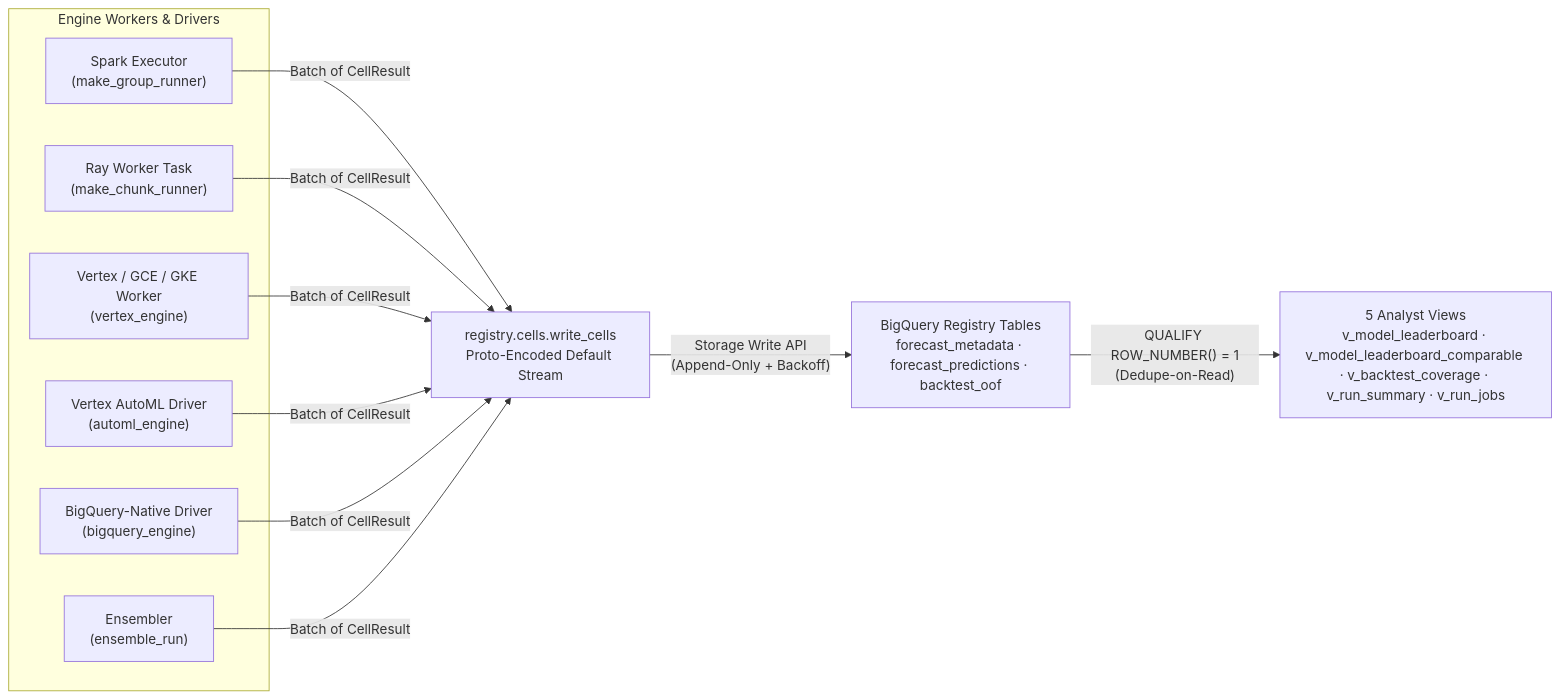
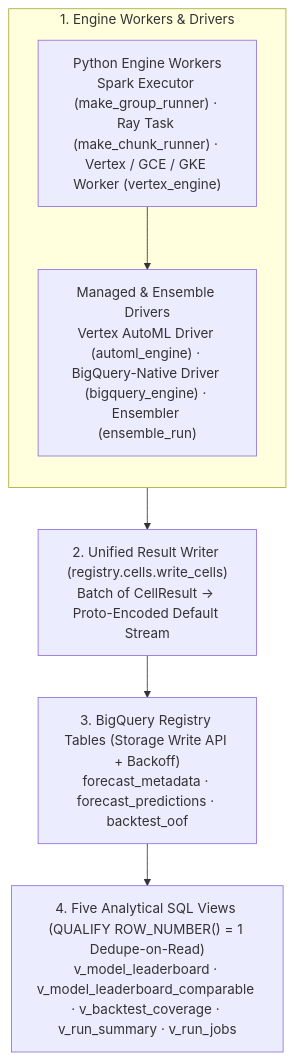
One commit to statmike/scale-forecasting changed the diagram in docs/writing_results.md. Above: the diagram before and after it, drawn with Mermaid. The commit also changed 17 other files, not shown here.

Commit message:
docs: fix GitHub MathJax text-mode underscores, convert wide Mermaid diagrams to vertical TD, and add tripwire

````diff
--- a/docs/writing_results.md
+++ b/docs/writing_results.md
@@ -10,14 +10,14 @@
 ```mermaid
-flowchart LR
-    subgraph Writers["Engine Workers & Drivers"]
-        W1["Spark Executor<br/>(make_group_runner)"]
-        W2["Ray Worker Task<br/>(make_chunk_runner)"]
-        W5["Vertex / GCE / GKE Worker<br/>(vertex_engine)"]
-        W6["Vertex AutoML Driver<br/>(automl_engine)"]
-        W3["BigQuery-Native Driver<br/>(bigquery_engine)"]
-        W4["Ensembler<br/>(ensemble_run)"]
+flowchart TD
+    subgraph Writers["1. Engine Workers & Drivers"]
+        direction TB
+        W_PY["Python Engine Workers<br/>Spark Executor (make_group_runner) · Ray Task (make_chunk_runner) · Vertex / GCE / GKE Worker (vertex_engine)"]
+        W_DRV["Managed & Ensemble Drivers<br/>Vertex AutoML Driver (automl_engine) · BigQuery-Native Driver (bigquery_engine) · Ensembler (ensemble_run)"]
+        W_PY --> W_DRV
     end
-    W1 & W2 & W5 & W6 & W3 & W4 -->|"Batch of CellResult"| Cells["registry.cells.write_cells<br/>Proto-Encoded Default Stream"]
-    Cells -->|"Storage Write API<br/>(Append-Only + Backoff)"| Tables["BigQuery Registry Tables<br/>forecast_metadata · forecast_predictions · backtest_oof"]
-    Tables -->|"QUALIFY ROW_NUMBER() = 1<br/>(Dedupe-on-Read)"| Views["5 Analyst Views<br/>v_model_leaderboard · v_model_leaderboard_comparable · v_backtest_coverage · v_run_summary · v_run_jobs"]
+    Cells["2. Unified Result Writer (registry.cells.write_cells)<br/>Batch of CellResult -> Proto-Encoded Default Stream"]
+    Tables["3. BigQuery Registry Tables (Storage Write API + Backoff)<br/>forecast_metadata · forecast_predictions · backtest_oof"]
+    Views["4. Five Analytical SQL Views (QUALIFY ROW_NUMBER() = 1 Dedupe-on-Read)<br/>v_model_leaderboard · v_model_leaderboard_comparable · v_backtest_coverage · v_run_summary · v_run_jobs"]
+
+    Writers --> Cells --> Tables --> Views
 ```
````
